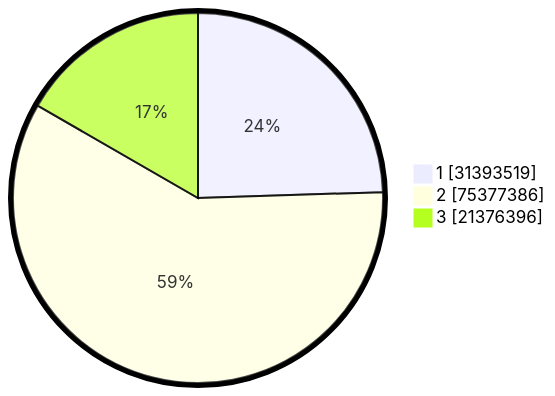
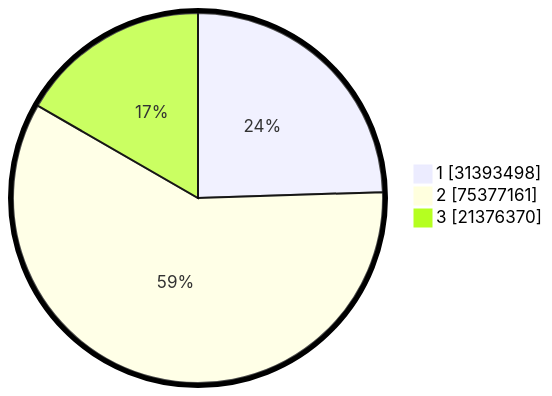
Before and after one commit to gigit-pemilu/pemilu-2024: the second of 2 diagrams in pilpres/hitung-suara/README.md, drawn with Mermaid. The commit also changed other lines of this file and 8 other files, not shown here.

````diff
--- a/pilpres/hitung-suara/README.md
+++ b/pilpres/hitung-suara/README.md
@@ -93,7 +93,7 @@
 ```mermaid
 %%{init: {"pie": {"textPosition": 0.5}, "themeVariables": {"pieOuterStrokeWidth": "5px"}} }%%
 pie showData
-    "1" : 31393519
-    "2" : 75377386
-    "3" : 21376396
+    "1" : 31393498
+    "2" : 75377161
+    "3" : 21376370
 ```
````
